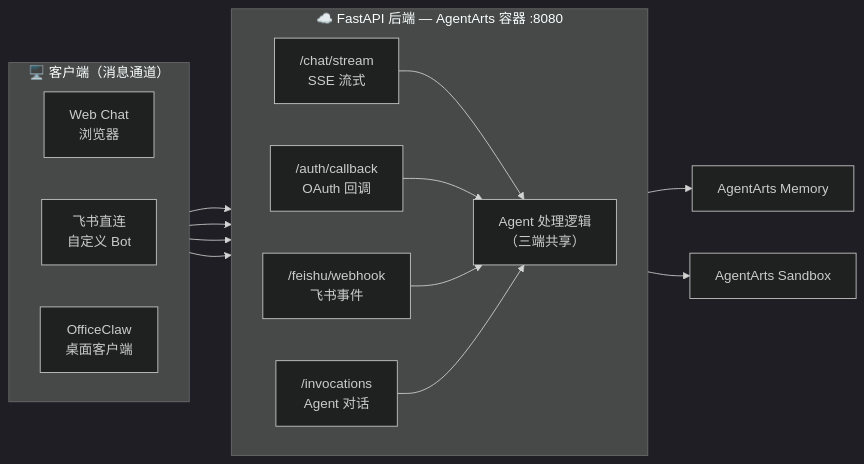
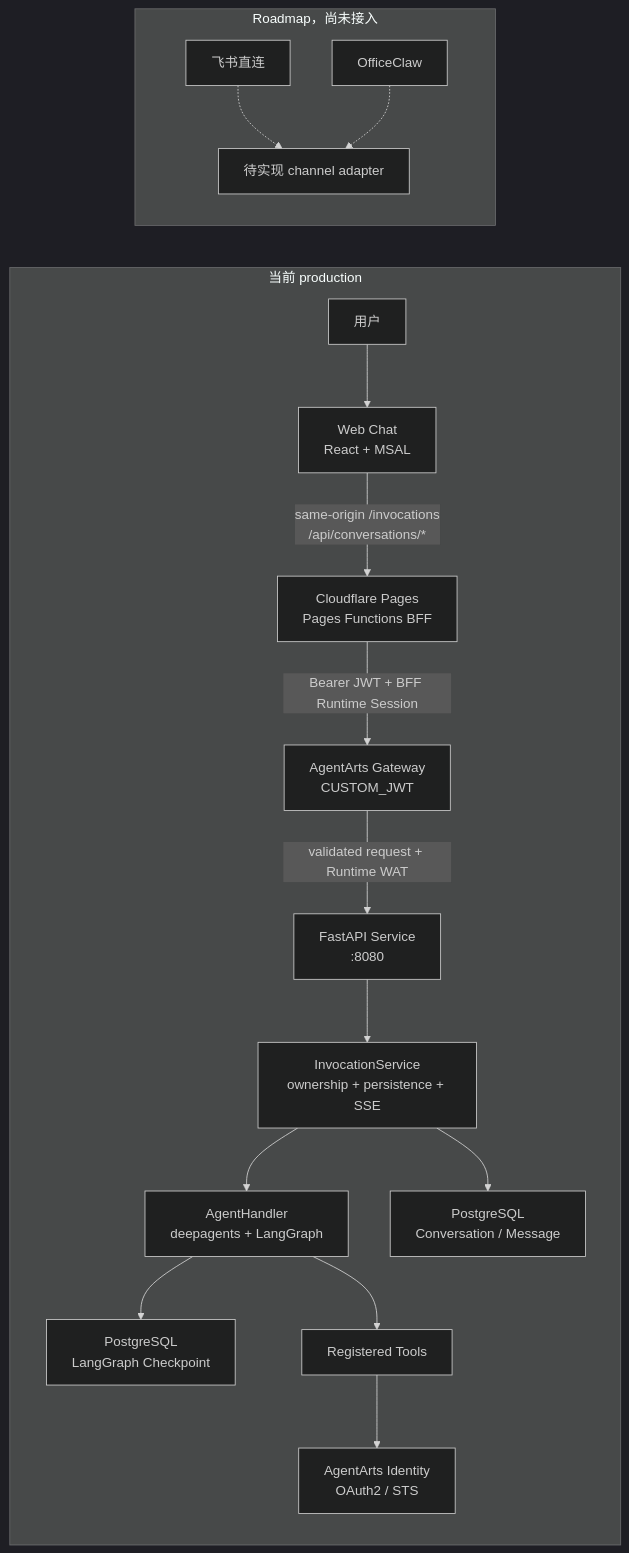
The first of 2 diagrams in personal-assistant-meta/specs/overall_specifications.md (git-malu/personal-assistant), drawn with Mermaid (dark theme) before and after one commit. The commit also changed other lines of this file and 6 other files, not shown here.

Commit message:
docs: sync specs diagrams with implementation

````diff
--- a/personal-assistant-meta/specs/overall_specifications.md
+++ b/personal-assistant-meta/specs/overall_specifications.md
@@ -29,29 +31,23 @@
 ```mermaid
 flowchart LR
-   subgraph Clients["🖥️ 客户端（消息通道）"]
-       direction LR
-       WebChat["Web Chat<br/>浏览器"]
-       Feishu["飞书直连<br/>自定义 Bot"]
-       OC["OfficeClaw<br/>桌面客户端"]
-   end
+    subgraph Current["当前 production"]
+        User["用户"] --> WebChat["Web Chat<br/>React + MSAL"]
+        WebChat -->|"same-origin /invocations<br/>/api/conversations/*"| Pages["Cloudflare Pages<br/>Pages Functions BFF"]
+        Pages -->|"Bearer JWT + BFF Runtime Session"| Gateway["AgentArts Gateway<br/>CUSTOM_JWT"]
+        Gateway -->|"validated request + Runtime WAT"| Service["FastAPI Service<br/>:8080"]
+        Service --> Invocation["InvocationService<br/>ownership + persistence + SSE"]
+        Invocation --> Agent["AgentHandler<br/>deepagents + LangGraph"]
+        Invocation --> DB["PostgreSQL<br/>Conversation / Message"]
+        Agent --> Checkpoint["PostgreSQL<br/>LangGraph Checkpoint"]
+        Agent --> Tools["Registered Tools"]
+        Tools --> Identity["AgentArts Identity<br/>OAuth2 / STS"]
+    end
 
-   subgraph Backend["☁️ FastAPI 后端 — AgentArts 容器 :8080"]
-       direction LR
-       R_Stream["/chat/stream<br/>SSE 流式"]
-       R_Auth["/auth/callback<br/>OAuth 回调"]
-       R_FS["/feishu/webhook<br/>飞书事件"]
-       R_Invoke["/invocations<br/>Agent 对话"]
-       Handler["Agent 处理逻辑<br/>（三端共享）"]
-   end
-
-   WebChat --> R_Stream
-   WebChat --> R_Auth
-   Feishu --> R_FS
-   OC --> R_Invoke
-   R_Stream --> Handler
-   R_Auth --> Handler
-   R_FS --> Handler
-   R_Invoke --> Handler
-   Handler --> Memory["AgentArts Memory"]
-   Handler --> Sandbox["AgentArts Sandbox"]
+    subgraph Roadmap["Roadmap，尚未接入"]
+        Feishu["飞书直连"]
+        OfficeClaw["OfficeClaw"]
+        Adapters["待实现 channel adapter"]
+        Feishu -.-> Adapters
+        OfficeClaw -.-> Adapters
+    end
 ```
````
